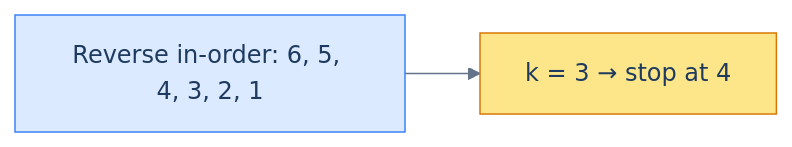
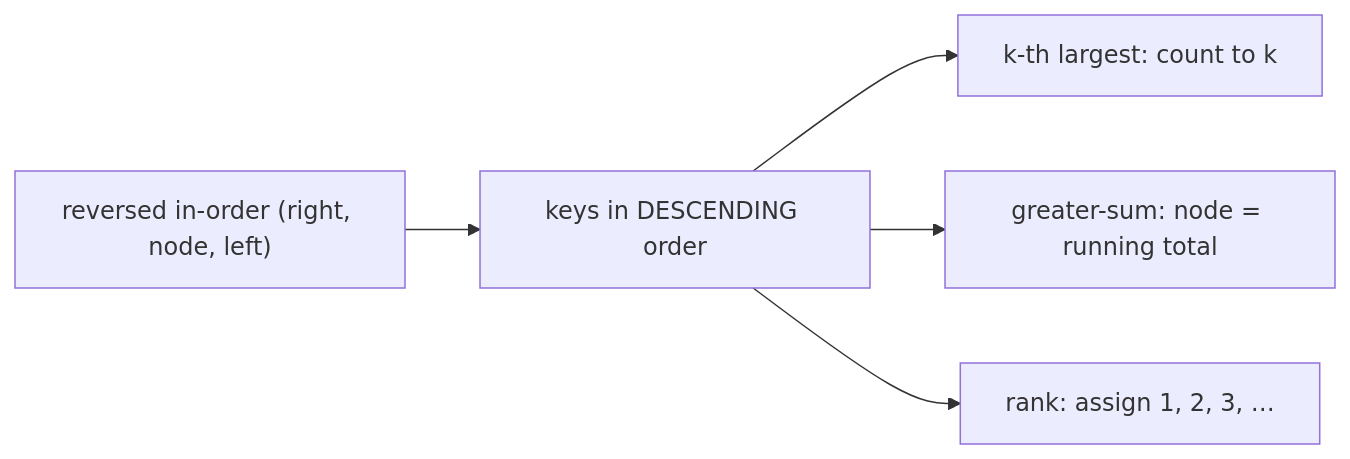
The diagram in content/cortex/data-structures-and-algorithms/03-trees/02-binary-search-tree/12-pattern-reversed-sorted-traversal/01-pattern.md (ani2fun/codefolio), drawn with Mermaid before and after one commit. The commit also changed other lines of this file and 1049 other files, not shown here.

````diff
--- a/content/cortex/data-structures-and-algorithms/03-trees/02-binary-search-tree/12-pattern-reversed-sorted-traversal/01-pattern.md
+++ b/content/cortex/data-structures-and-algorithms/03-trees/02-binary-search-tree/12-pattern-reversed-sorted-traversal/01-pattern.md
@@ -195,16 +59,7 @@
 ```mermaid
----
-config:
-  theme: base
-  themeVariables:
-    primaryColor: "#dbeafe"
-    primaryBorderColor: "#3b82f6"
-    primaryTextColor: "#1e3a5f"
-    lineColor: "#64748b"
-    secondaryColor: "#ede9fe"
-    tertiaryColor: "#fef9c3"
----
 flowchart LR
-    A["Reverse in-order: 6, 5, 4, 3, 2, 1"] --> B["k = 3 → stop at 4"]
-    style B fill:#fde68a,stroke:#d97706
+  T["reversed in-order (right, node, left)"] --> D["keys in DESCENDING order"]
+  D --> A["k-th largest: count to k"]
+  D --> B["greater-sum: node = running total"]
+  D --> C["rank: assign 1, 2, 3, …"]
 ```
````
